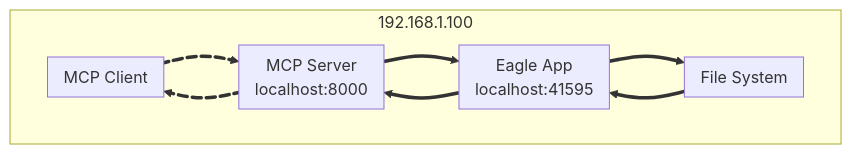
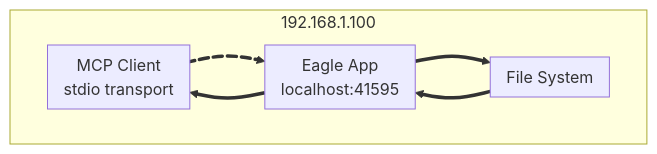
One commit to tuki0918/eagle-mcp-server changed the diagram in README.md. Above: the diagram before and after it, drawn with Mermaid. The commit also changed other lines of this file and 15 other files, not shown here.

````diff
--- a/README.md
+++ b/README.md
@@ -122,24 +118,21 @@
 ```mermaid
 flowchart LR
 
     subgraph 192.168.1.100
         direction LR
         
         subgraph FileSystem [File System]
         end
         subgraph EagleApp [Eagle App<br/>localhost:41595]
         end
-        subgraph MCPServer [MCP Server<br/>localhost:8000]
-        end
-        subgraph MCPClient [MCP Client]
+        subgraph MCPClient [MCP Client<br/>stdio transport]
         end
     end
 
-    EagleApp ==> MCPServer e1@==> MCPClient
-    MCPClient e2@==> MCPServer ==> EagleApp
+    EagleApp ==> MCPClient
+    MCPClient e1@==> EagleApp
     EagleApp ==> FileSystem
     FileSystem ==> EagleApp
 
     e1@{ animate: true }
-    e2@{ animate: true }
 ```
````
